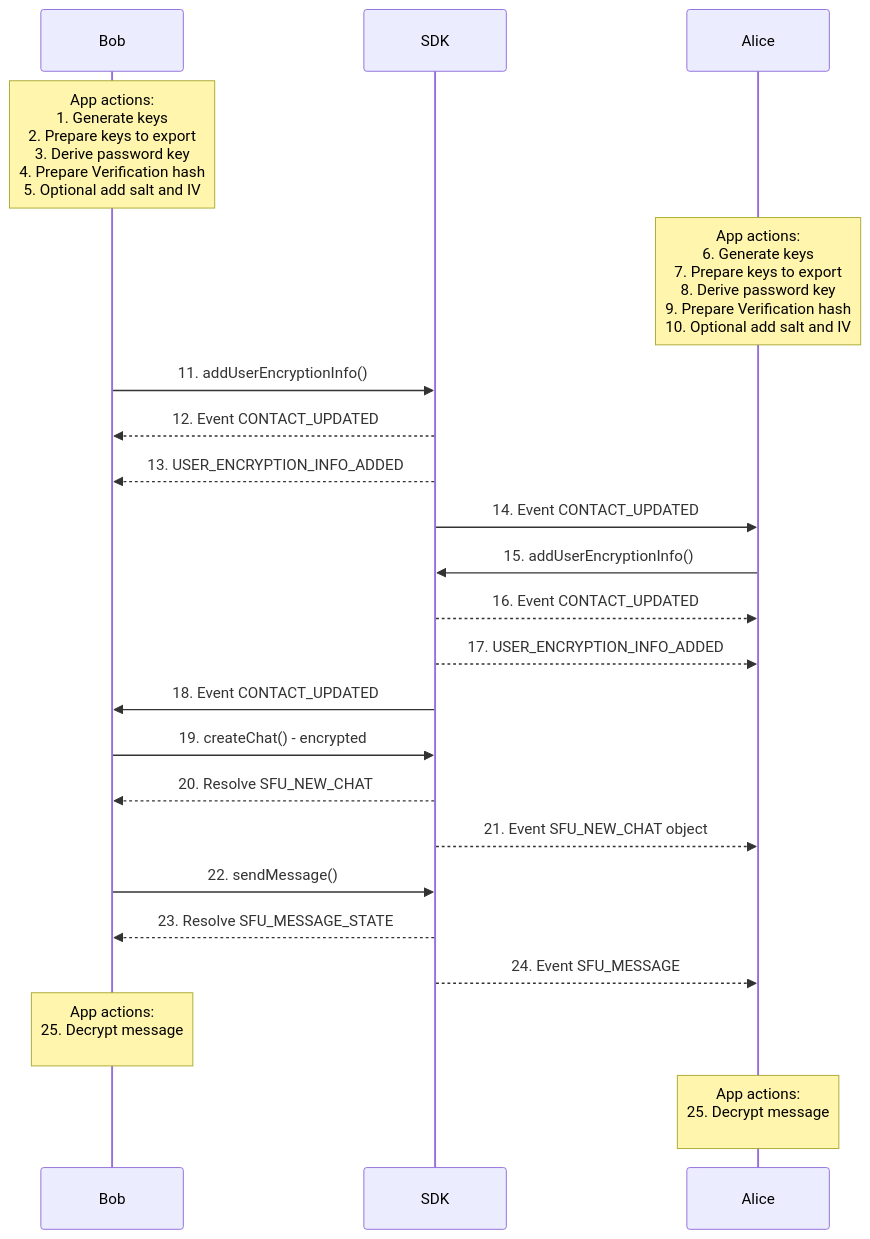
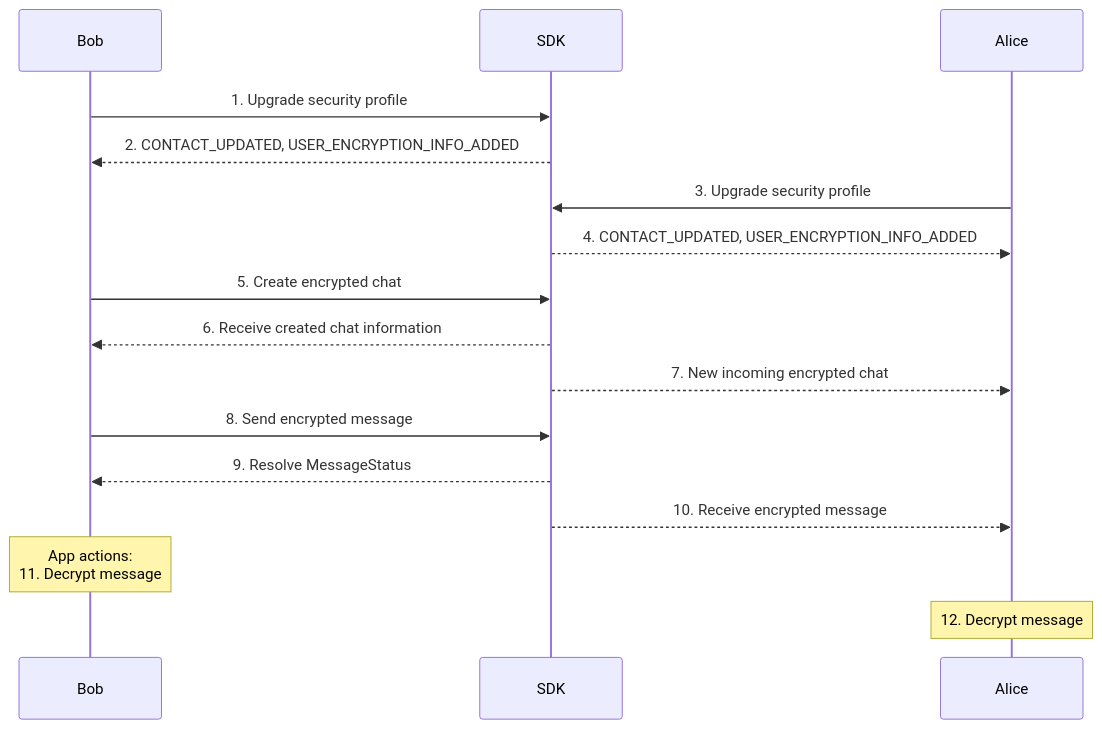
One commit to flashphoner/MessengerSDK changed the second of 2 diagrams in src/components/containers/encryptedChat/docs/EncryptedChat.md. Above: the diagram before and after it, drawn with Mermaid. The commit also changed other lines of this file and 25 other files, not shown here.

Commit message:
Encrypted chat, Encrypted group chat pages added #zapp-1036

````diff
--- a/src/components/containers/encryptedChat/docs/EncryptedChat.md
+++ b/src/components/containers/encryptedChat/docs/EncryptedChat.md
@@ -65,25 +74,19 @@
 ```mermaid
 sequenceDiagram
     participant Bob
     participant SDK
     participant Alice
     
-    Note over Bob: App actions: <br/>1. Generate keys<br/>2. Prepare keys to export<br/>3. Derive password key<br/>4. Prepare Verification hash<br/>5. Optional add salt and IV
-    Note over Alice: App actions: <br/>6. Generate keys<br/>7. Prepare keys to export<br/>8. Derive password key<br/>9. Prepare Verification hash<br/>10. Optional add salt and IV
-    Bob ->> SDK: 11. addUserEncryptionInfo()
-    SDK -->> Bob: 12. Event CONTACT_UPDATED
-    SDK -->> Bob: 13. USER_ENCRYPTION_INFO_ADDED
-    SDK ->> Alice: 14. Event CONTACT_UPDATED
-    Alice ->> SDK: 15. addUserEncryptionInfo()
-    SDK -->> Alice: 16. Event CONTACT_UPDATED
-    SDK -->> Alice: 17. USER_ENCRYPTION_INFO_ADDED
-    SDK ->> Bob: 18. Event CONTACT_UPDATED
-    Bob ->> SDK: 19. createChat() -  encrypted
-    SDK -->> Bob: 20. Resolve SFU_NEW_CHAT  
-    SDK -->> Alice: 21. Event SFU_NEW_CHAT object
-    Bob ->> SDK: 22. sendMessage() 
-    SDK -->> Bob: 23. Resolve SFU_MESSAGE_STATE
-    SDK -->> Alice: 24. Event SFU_MESSAGE
-    Note over Bob: App actions: <br/>25. Decrypt message<br/>
-    Note over Alice: App actions: <br/>25. Decrypt message<br/>
+    Bob ->> SDK: 1. Upgrade security profile
+    SDK -->> Bob: 2.  CONTACT_UPDATED, USER_ENCRYPTION_INFO_ADDED
+    Alice ->> SDK: 3. Upgrade security profile
+    SDK -->> Alice: 4. CONTACT_UPDATED, USER_ENCRYPTION_INFO_ADDED
+    Bob ->> SDK: 5. Create encrypted chat
+    SDK -->> Bob: 6. Receive created chat information
+    SDK -->> Alice: 7. New incoming encrypted chat 
+    Bob ->> SDK: 8. Send encrypted message
+    SDK -->> Bob: 9. Resolve MessageStatus
+    SDK -->> Alice: 10. Receive encrypted message
+    Note over Bob: App actions: <br/>11. Decrypt message
+    Note over Alice: 12. Decrypt message
 ```
````
